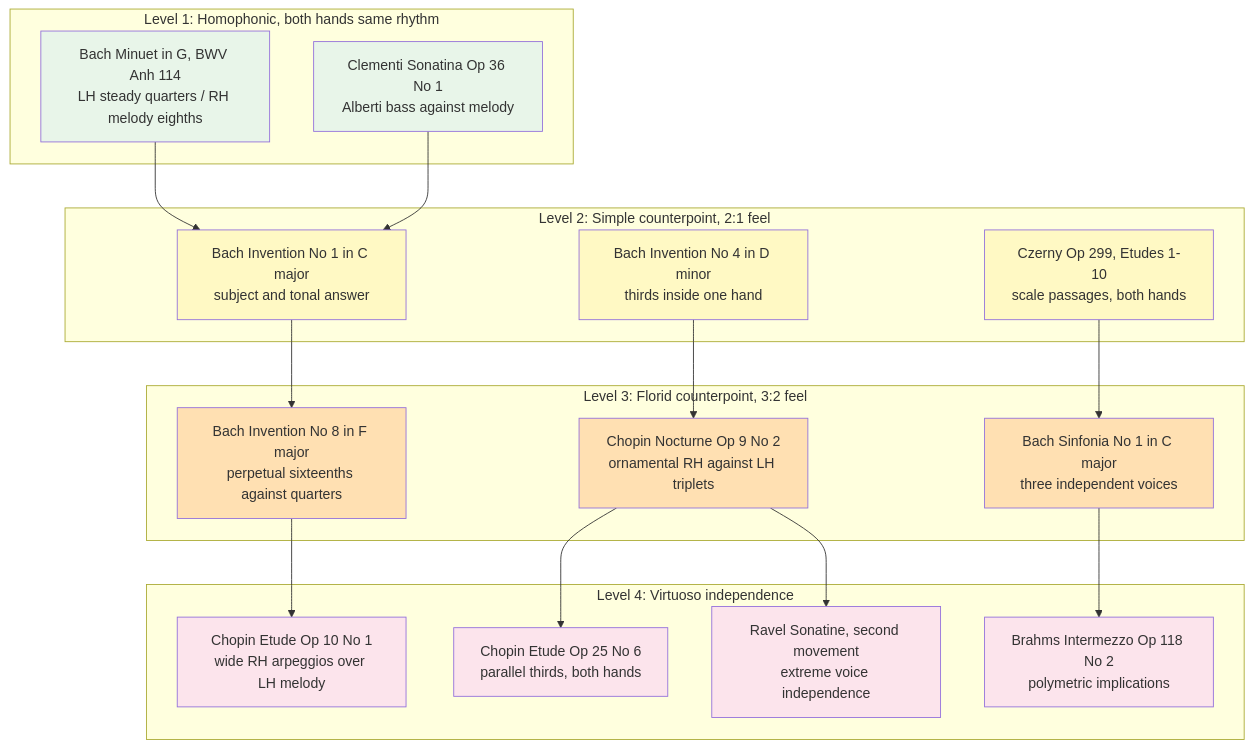
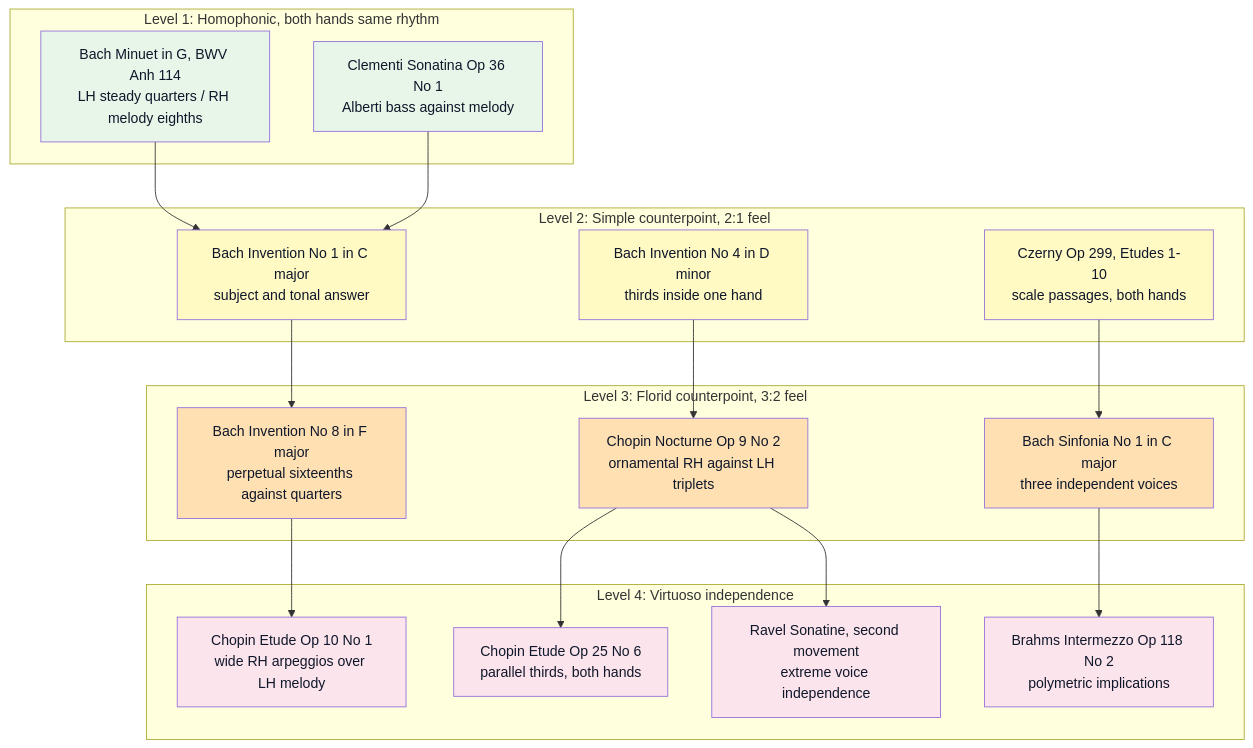
Before and after one commit to blebleblee/synapse: the fourth of 5 diagrams in topics/arts/music_performance/piano/lesson_04_two_handed_rhythmic_independence.md, drawn with Mermaid. The commit also changed other lines of this file and 1464 other files, not shown here.

Commit message:
feat(release): curriculum vector mermaid upgrade, render hardening, and master synpack

````diff
--- a/topics/arts/music_performance/piano/lesson_04_two_handed_rhythmic_independence.md
+++ b/topics/arts/music_performance/piano/lesson_04_two_handed_rhythmic_independence.md
@@ -556,49 +556,49 @@
 ```mermaid
 graph TB
     subgraph sub_level1 ["Level 1: Homophonic, both hands same rhythm"]
         L1A["Bach Minuet in G, BWV Anh 114<br/>LH steady quarters / RH melody eighths"]
         L1B["Clementi Sonatina Op 36 No 1<br/>Alberti bass against melody"]
     end
 
     subgraph sub_level2 ["Level 2: Simple counterpoint, 2:1 feel"]
         L2A["Bach Invention No 1 in C major<br/>subject and tonal answer"]
         L2B["Bach Invention No 4 in D minor<br/>thirds inside one hand"]
         L2C["Czerny Op 299, Etudes 1-10<br/>scale passages, both hands"]
     end
 
     subgraph sub_level3 ["Level 3: Florid counterpoint, 3:2 feel"]
         L3A["Bach Invention No 8 in F major<br/>perpetual sixteenths against quarters"]
         L3B["Chopin Nocturne Op 9 No 2<br/>ornamental RH against LH triplets"]
         L3C["Bach Sinfonia No 1 in C major<br/>three independent voices"]
     end
 
     subgraph sub_level4 ["Level 4: Virtuoso independence"]
         L4A["Chopin Etude Op 10 No 1<br/>wide RH arpeggios over LH melody"]
         L4B["Chopin Etude Op 25 No 6<br/>parallel thirds, both hands"]
         L4C["Brahms Intermezzo Op 118 No 2<br/>polymetric implications"]
         L4D["Ravel Sonatine, second movement<br/>extreme voice independence"]
     end
 
     L1A --> L2A
     L1B --> L2A
     L2A --> L3A
     L2B --> L3B
     L2C --> L3C
     L3A --> L4A
     L3B --> L4B
     L3C --> L4C
     L3B --> L4D
 
-    style L1A fill:#e8f5e9
-    style L1B fill:#e8f5e9
-    style L2A fill:#fff9c4
-    style L2B fill:#fff9c4
-    style L2C fill:#fff9c4
-    style L3A fill:#ffe0b2
-    style L3B fill:#ffe0b2
-    style L3C fill:#ffe0b2
-    style L4A fill:#fce4ec
-    style L4B fill:#fce4ec
-    style L4C fill:#fce4ec
-    style L4D fill:#fce4ec
+    style L1A fill:#e8f5e9,color:#0f172a
+    style L1B fill:#e8f5e9,color:#0f172a
+    style L2A fill:#fff9c4,color:#0f172a
+    style L2B fill:#fff9c4,color:#0f172a
+    style L2C fill:#fff9c4,color:#0f172a
+    style L3A fill:#ffe0b2,color:#0f172a
+    style L3B fill:#ffe0b2,color:#0f172a
+    style L3C fill:#ffe0b2,color:#0f172a
+    style L4A fill:#fce4ec,color:#0f172a
+    style L4B fill:#fce4ec,color:#0f172a
+    style L4C fill:#fce4ec,color:#0f172a
+    style L4D fill:#fce4ec,color:#0f172a
 ```
````
